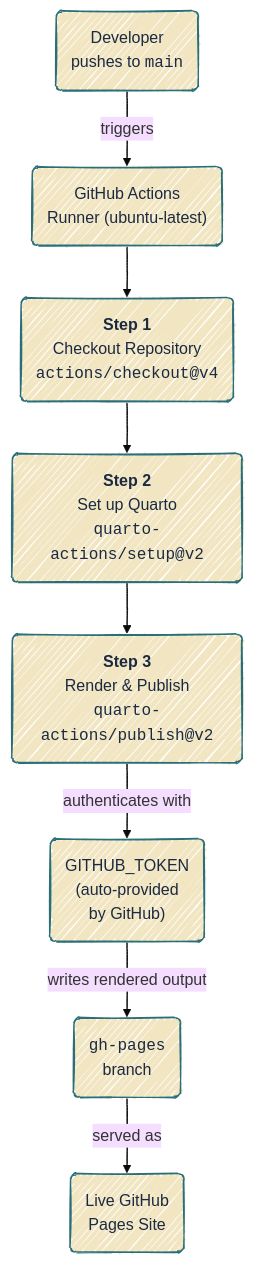
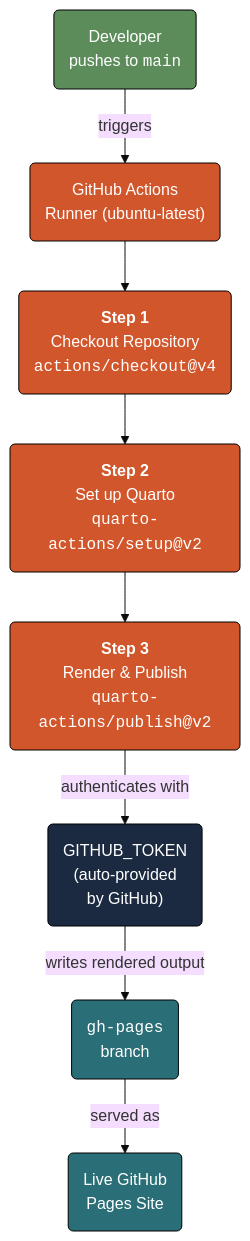
The first of 2 diagrams in publish-r-py.qmd (mjfrigaard/do4ds-labs), drawn with Mermaid before and after one commit. The commit also changed other lines of this file and 48 other files, not shown here.

````diff
--- a/publish-r-py.qmd
+++ b/publish-r-py.qmd
@@ -80,18 +80,25 @@
 ```{mermaid}
 %%| fig-cap: 'Publishing to GitHub pages'
 %%| fig-width: 7.0
-%%| fig-align: center
-%%{init: {'theme': 'base', 'look': 'handDrawn', 'themeVariables': {'fontFamily': 'monospace'}}}%%
+%%| fig-align: 'center'
+%%{init: {'theme': 'base', 'themeVariables': {'fontFamily': 'monospace'}}}%%
 flowchart TD
     Push("Developer<br>pushes to <code>main</code>") -->|"triggers"| GHA("GitHub Actions<br>Runner (ubuntu-latest)")
 
     GHA --> Step1("<strong>Step 1</strong><br>Checkout Repository<br><code>actions/checkout@v4</code>")
     Step1 --> Step2("<strong>Step 2</strong><br>Set up Quarto<br><code>quarto-actions/setup@v2</code>")
     Step2 --> Step3("<strong>Step 3</strong><br>Render & Publish<br><code>quarto-actions/publish@v2</code>")
 
     Step3 -->|"authenticates with"| Token("<cdde>GITHUB_TOKEN</code><br>(auto-provided<br>by GitHub)")
     Token -->|"writes rendered output"| GHPages("<code>gh-pages</code><br>branch")
     GHPages -->|"served as"| Site("Live GitHub<br>Pages Site")
-    classDef default fill:#F2E6C2,stroke:#2A6F77,color:#1B2A41
+    style Push fill:#5B8C5A,stroke:#000000,stroke-width:1px,color:#ffffff
+    style GHA fill:#D2562B,stroke:#000000,stroke-width:1px,color:#ffffff
+    style Step1 fill:#D2562B,stroke:#000000,stroke-width:1px,color:#ffffff
+    style Step2 fill:#D2562B,stroke:#000000,stroke-width:1px,color:#ffffff
+    style Step3 fill:#D2562B,stroke:#000000,stroke-width:1px,color:#ffffff
+    style Token fill:#1B2A41,stroke:#000000,stroke-width:1px,color:#ffffff
+    style GHPages fill:#2A6F77,stroke:#000000,stroke-width:1px,color:#ffffff
+    style Site fill:#2A6F77,stroke:#000000,stroke-width:1px,color:#ffffff
 
 ```
````
